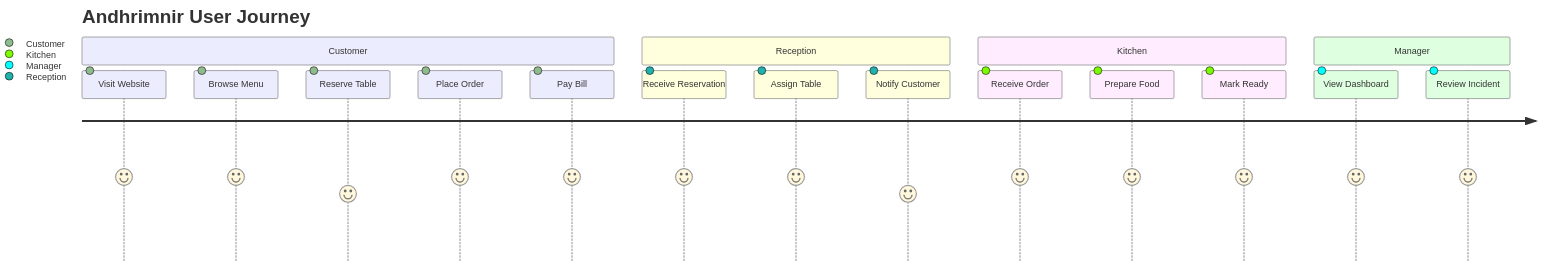
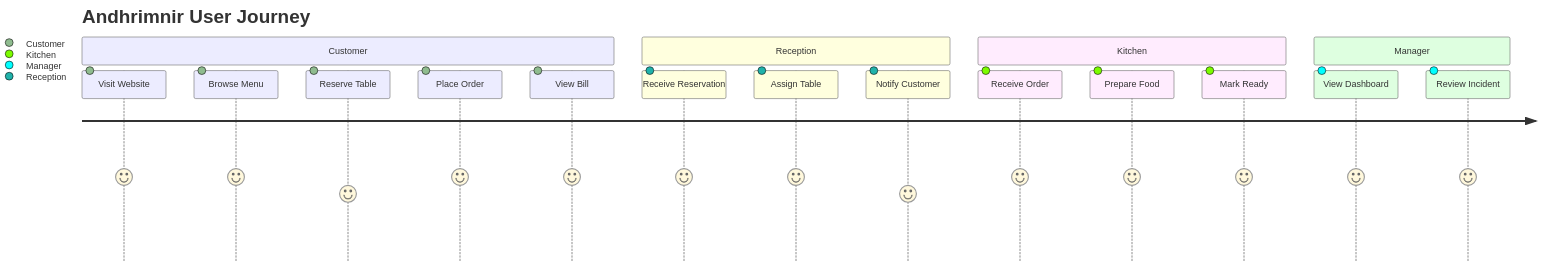
Before and after one commit to Lucifer-Newstar/DineSmart: the fourth of 13 diagrams in Docs/Architecture/Andhrimnir_Complete_Diagrams_Document.md, drawn with Mermaid. The commit also changed other lines of this file and 13 other files, not shown here.

````diff
--- a/Docs/Architecture/Andhrimnir_Complete_Diagrams_Document.md
+++ b/Docs/Architecture/Andhrimnir_Complete_Diagrams_Document.md
@@ -66,21 +66,21 @@
 ```mermaid
 journey
 title Andhrimnir User Journey
 section Customer
 Visit Website: 5: Customer
 Browse Menu: 5: Customer
 Reserve Table: 4: Customer
 Place Order: 5: Customer
-Pay Bill: 5: Customer
+View Bill: 5: Customer
 section Reception
 Receive Reservation: 5: Reception
 Assign Table: 5: Reception
 Notify Customer: 4: Reception
 section Kitchen
 Receive Order: 5: Kitchen
 Prepare Food: 5: Kitchen
 Mark Ready: 5: Kitchen
 section Manager
 View Dashboard: 5: Manager
 Review Incident: 5: Manager
 ```
````
